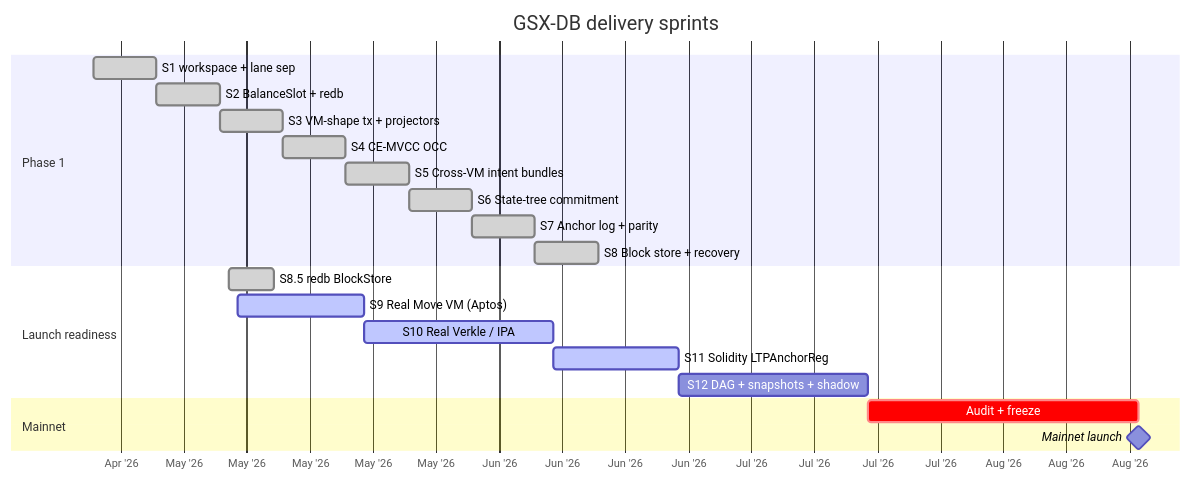
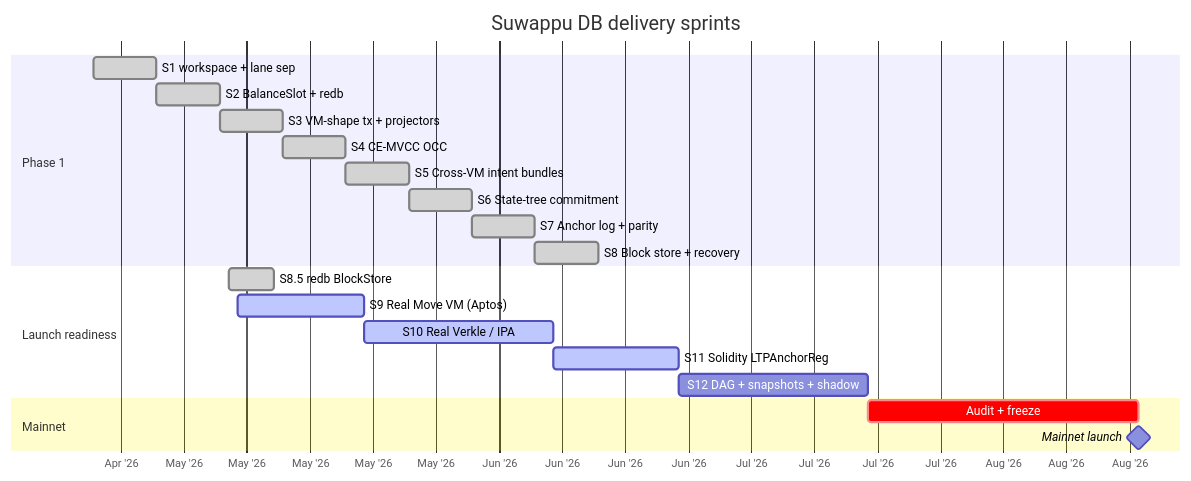
The first of 3 diagrams in docs/architecture/sprint-timeline.md (Suwappu-Labs/suwappu-db), drawn with Mermaid before and after one commit. The commit also changed other lines of this file and 248 other files, not shown here.

````diff
--- a/docs/architecture/sprint-timeline.md
+++ b/docs/architecture/sprint-timeline.md
@@ -8,27 +8,27 @@
 ```mermaid
 gantt
-    title GSX-DB delivery sprints
+    title Suwappu DB delivery sprints
     dateFormat YYYY-MM-DD
     axisFormat %b '%y
 
     section Phase 1
     S1 workspace + lane sep      :done, s1, 2026-04-23, 7d
     S2 BalanceSlot + redb        :done, s2, after s1, 7d
     S3 VM-shape tx + projectors  :done, s3, after s2, 7d
     S4 CE-MVCC OCC               :done, s4, after s3, 7d
     S5 Cross-VM intent bundles   :done, s5, after s4, 7d
     S6 State-tree commitment     :done, s6, after s5, 7d
     S7 Anchor log + parity       :done, s7, after s6, 7d
     S8 Block store + recovery    :done, s8, after s7, 7d
 
     section Launch readiness
     S8.5 redb BlockStore         :done, s85, 2026-05-08, 5d
     S9 Real Move VM (Aptos)      :active, s9, 2026-05-09, 14d
     S10 Real Verkle / IPA        :active, s10, after s9, 21d
     S11 Solidity LTPAnchorReg    :active, s11, after s10, 14d
     S12 DAG + snapshots + shadow :s12, after s11, 21d
 
     section Mainnet
     Audit + freeze               :crit, audit, after s12, 30d
     Mainnet launch               :milestone, mn, after audit, 0d
 ```
````
